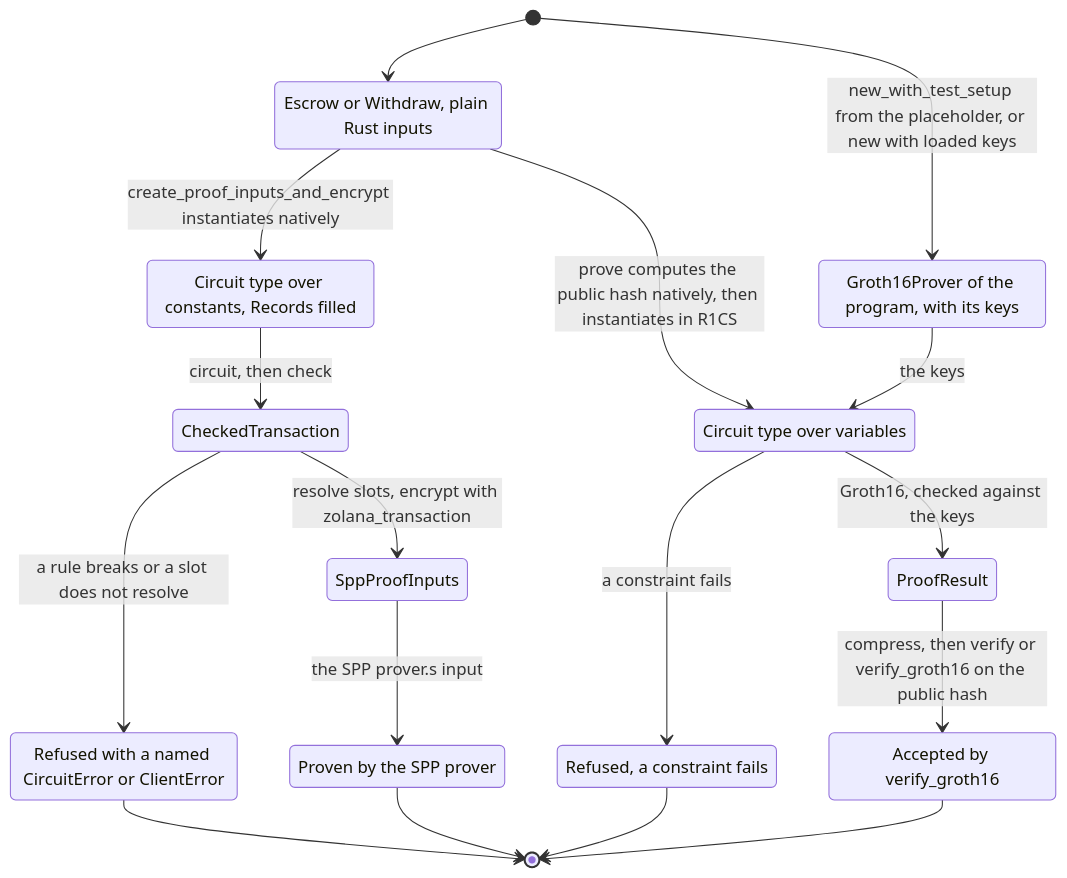
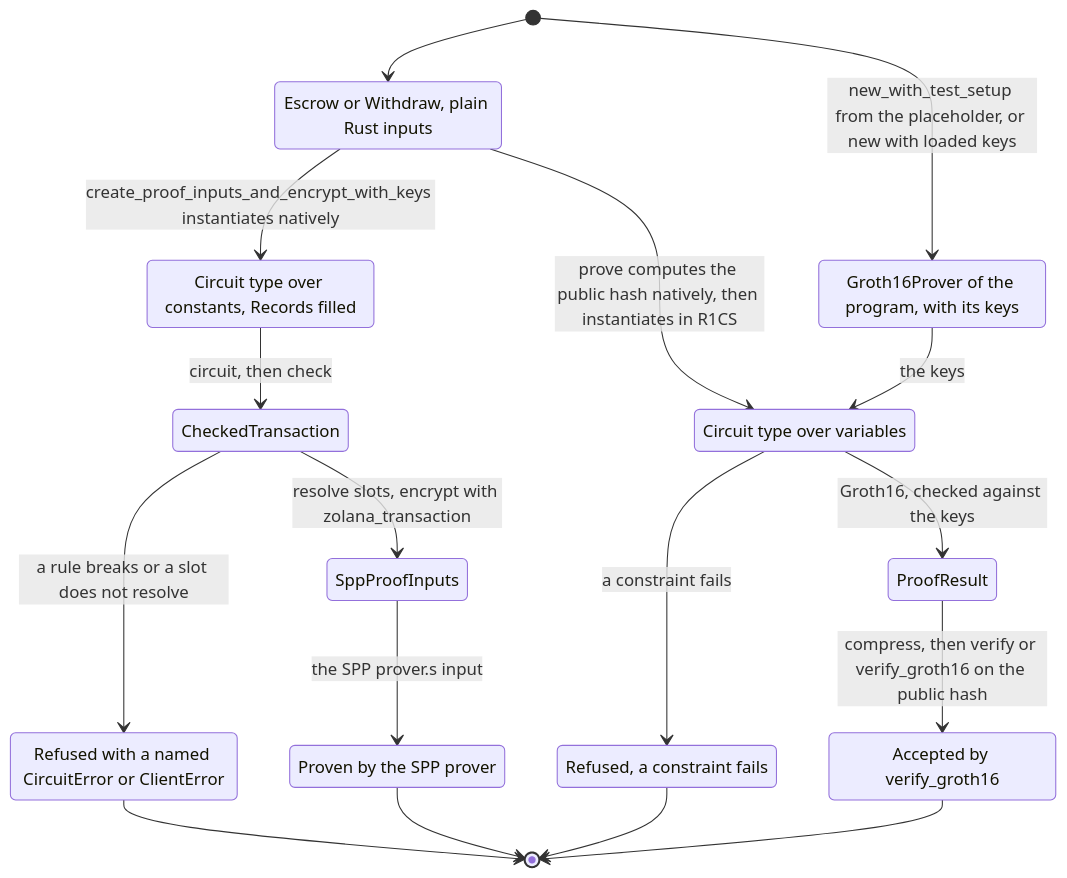
Before and after one commit to helius-labs/zolana: the first of 2 diagrams in sdk-tests/timelock-escrow/arkworks/README.md, drawn with Mermaid. The commit also changed other lines of this file and 449 other files, not shown here.

````diff
--- a/sdk-tests/timelock-escrow/arkworks/README.md
+++ b/sdk-tests/timelock-escrow/arkworks/README.md
@@ -166,34 +219,34 @@
 ```mermaid
 stateDiagram-v2
     accTitle: How an instruction goes from its inputs to the program verifier
     accDescr: The client runs the circuit natively to build the SPP transaction. The prover runs the same circuit in R1CS against the public hash. The program verifies the compressed proof.
 
     state "Escrow or Withdraw, plain Rust inputs" as Inputs
     state "Circuit type over constants, Records filled" as Native
     state "CheckedTransaction" as Checked
     state "SppProofInputs" as Spp
     state "Proven by the SPP prover" as SppProver
     state "Groth16Prover of the program, with its keys" as Prover
     state "Circuit type over variables" as R1cs
     state "ProofResult" as Proof
     state "Accepted by verify_groth16" as Accepted
     state "Refused with a named CircuitError or ClientError" as Refused
     state "Refused, a constraint fails" as Unsatisfied
 
     [*] --> Inputs
-    Inputs --> Native : create_proof_inputs_and_encrypt instantiates natively
+    Inputs --> Native : create_proof_inputs_and_encrypt_with_keys instantiates natively
     Native --> Checked : circuit, then check
     Checked --> Refused : a rule breaks or a slot does not resolve
     Checked --> Spp : resolve slots, encrypt with zolana_transaction
     Spp --> SppProver : the SPP prover.s input
     [*] --> Prover : new_with_test_setup from the placeholder, or new with loaded keys
     Inputs --> R1cs : prove computes the public hash natively, then instantiates in R1CS
     Prover --> R1cs : the keys
     R1cs --> Unsatisfied : a constraint fails
     R1cs --> Proof : Groth16, checked against the keys
     Proof --> Accepted : compress, then verify or verify_groth16 on the public hash
     SppProver --> [*]
     Accepted --> [*]
     Refused --> [*]
     Unsatisfied --> [*]
 ```
````
